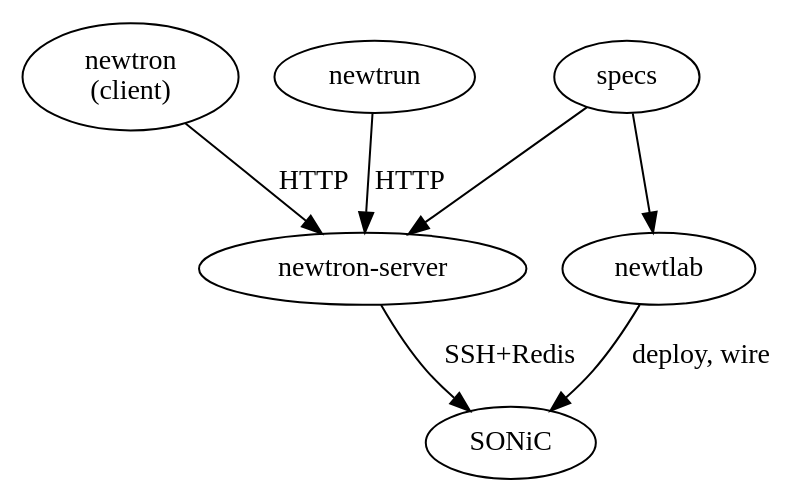
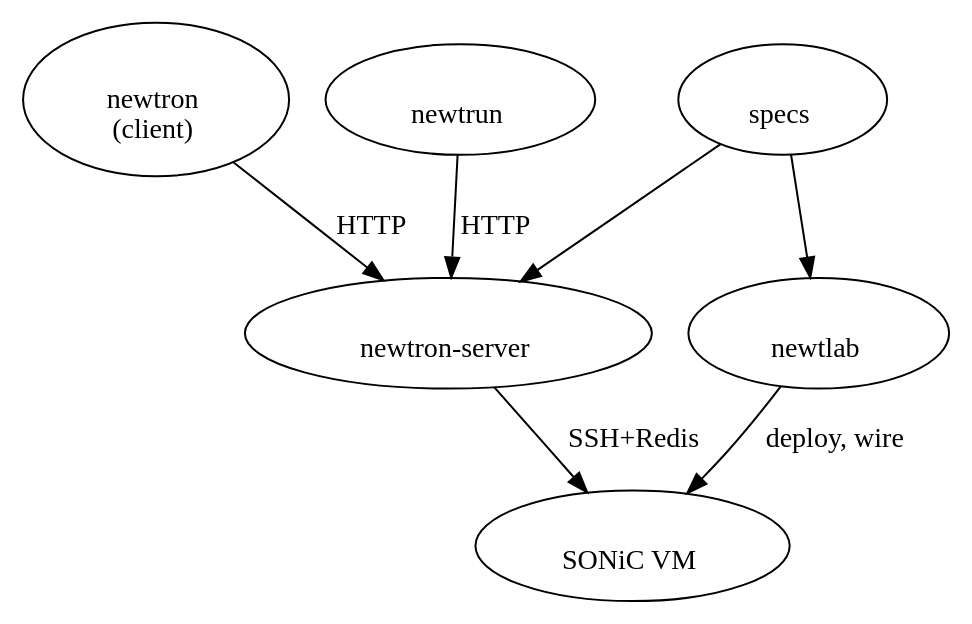
One commit to aldrin-isaac/newtron changed the diagram in docs/diagrams/system-overview.dot. Above: the diagram before and after it, drawn with Graphviz. The commit also changed 1 other file, not shown here.

Commit message:
Diagram: rename SONiC to SONiC VM, add box padding via whitespace
Whitespace in DOT node names controls box size: \n adds vertical
padding, spaces add horizontal padding. Consistent 1-line top
padding on all boxes.

```diff
--- a/docs/diagrams/system-overview.dot
+++ b/docs/diagrams/system-overview.dot
@@ -1,9 +1,9 @@
 digraph {
     rankdir=TB;
-    "newtron\n(client)" -> "newtron-server" [label="HTTP"];
-    "newtrun" -> "newtron-server" [label="HTTP"];
-    "specs" -> "newtron-server";
-    "specs" -> "newtlab";
-    "newtron-server" -> "SONiC" [label="SSH+Redis"];
-    "newtlab" -> "SONiC" [label="deploy, wire"];
+    "\n  newtron  \n  (client)  \n" -> "\n  newtron-server  \n" [label="HTTP"];
+    "\n  newtrun  \n" -> "\n  newtron-server  \n" [label="HTTP"];
+    "\n  specs  \n" -> "\n  newtron-server  \n";
+    "\n  specs  \n" -> "\n  newtlab  \n";
+    "\n  newtron-server  \n" -> "\n  SONiC VM  \n" [label="SSH+Redis"];
+    "\n  newtlab  \n" -> "\n  SONiC VM  \n" [label="deploy, wire"];
 }
```
